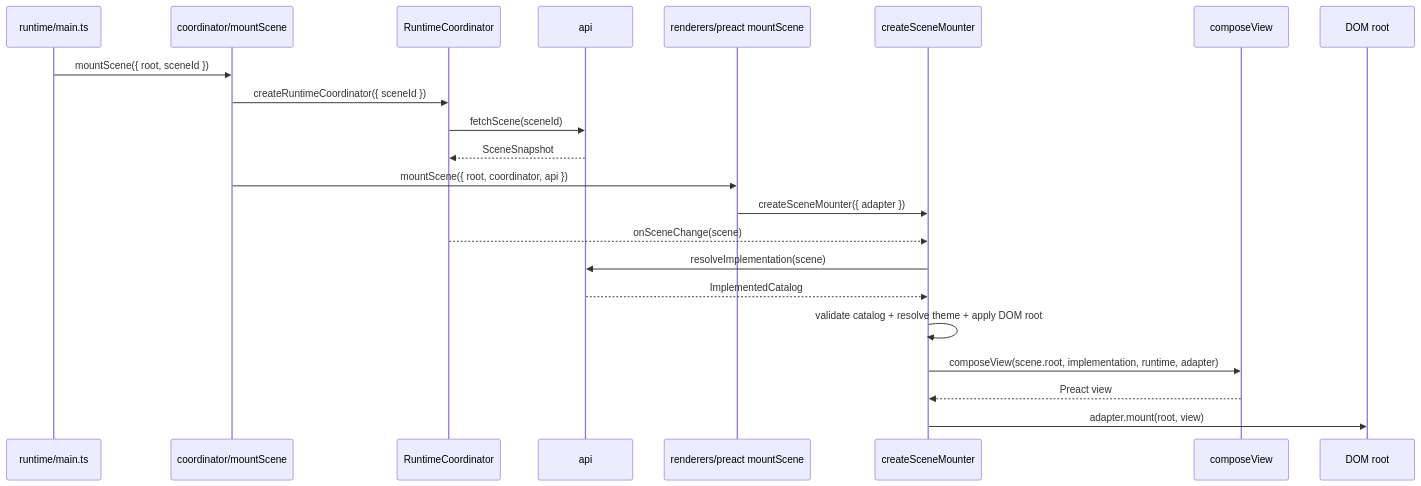
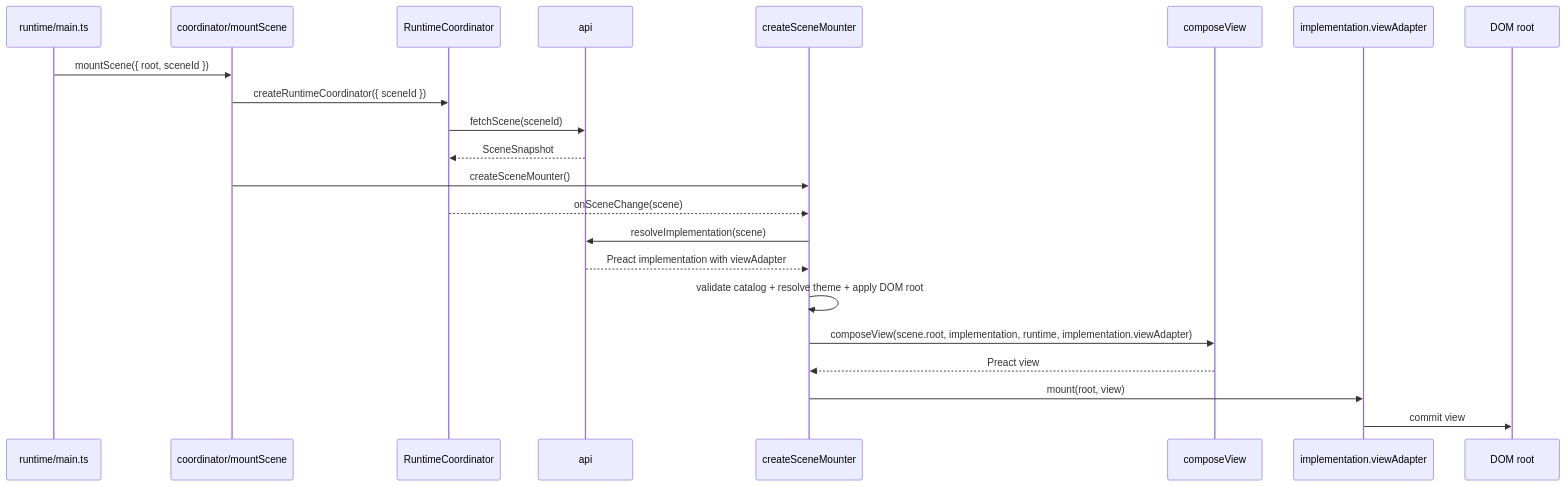
Before and after one commit to acolby/catalogspec: the second of 2 diagrams in experiments/web/renderers/README.md, drawn with Mermaid. The commit also changed other lines of this file and 11 other files, not shown here.

Commit message:
minimizing view adapter interface

````diff
--- a/experiments/web/renderers/README.md
+++ b/experiments/web/renderers/README.md
@@ -173,25 +170,25 @@
 ```mermaid
 sequenceDiagram
   participant Main as runtime/main.ts
   participant CoordMount as coordinator/mountScene
   participant Coord as RuntimeCoordinator
   participant Api as api
-  participant PreactMount as renderers/preact mountScene
   participant Mounter as createSceneMounter
   participant Compose as composeView
+  participant Adapter as implementation.viewAdapter
   participant DOM as DOM root
 
   Main->>CoordMount: mountScene({ root, sceneId })
   CoordMount->>Coord: createRuntimeCoordinator({ sceneId })
   Coord->>Api: fetchScene(sceneId)
   Api-->>Coord: SceneSnapshot
-  CoordMount->>PreactMount: mountScene({ root, coordinator, api })
-  PreactMount->>Mounter: createSceneMounter({ adapter })
+  CoordMount->>Mounter: createSceneMounter()
   Coord-->>Mounter: onSceneChange(scene)
   Mounter->>Api: resolveImplementation(scene)
-  Api-->>Mounter: ImplementedCatalog
+  Api-->>Mounter: Preact implementation with viewAdapter
   Mounter->>Mounter: validate catalog + resolve theme + apply DOM root
-  Mounter->>Compose: composeView(scene.root, implementation, runtime, adapter)
+  Mounter->>Compose: composeView(scene.root, implementation, runtime, implementation.viewAdapter)
   Compose-->>Mounter: Preact view
-  Mounter->>DOM: adapter.mount(root, view)
+  Mounter->>Adapter: mount(root, view)
+  Adapter->>DOM: commit view
 ```
````
